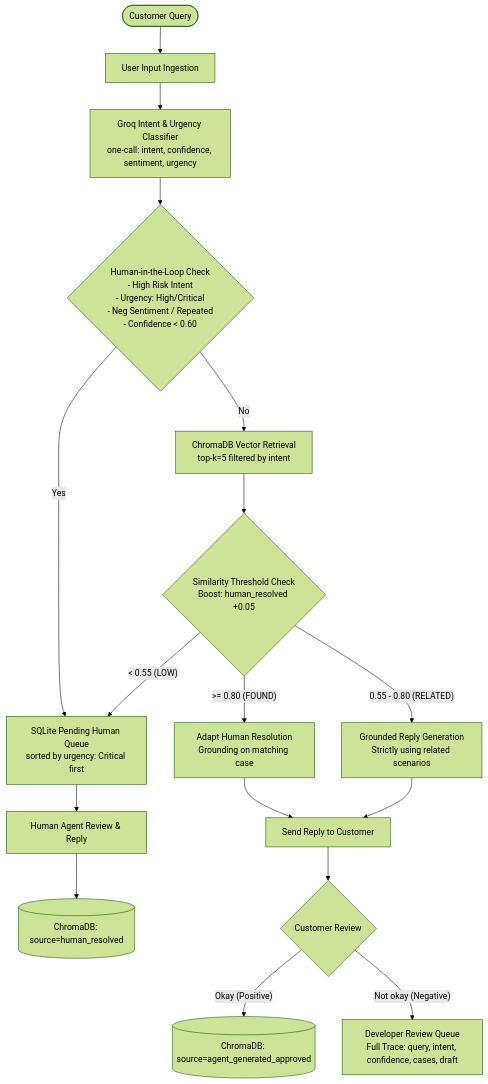
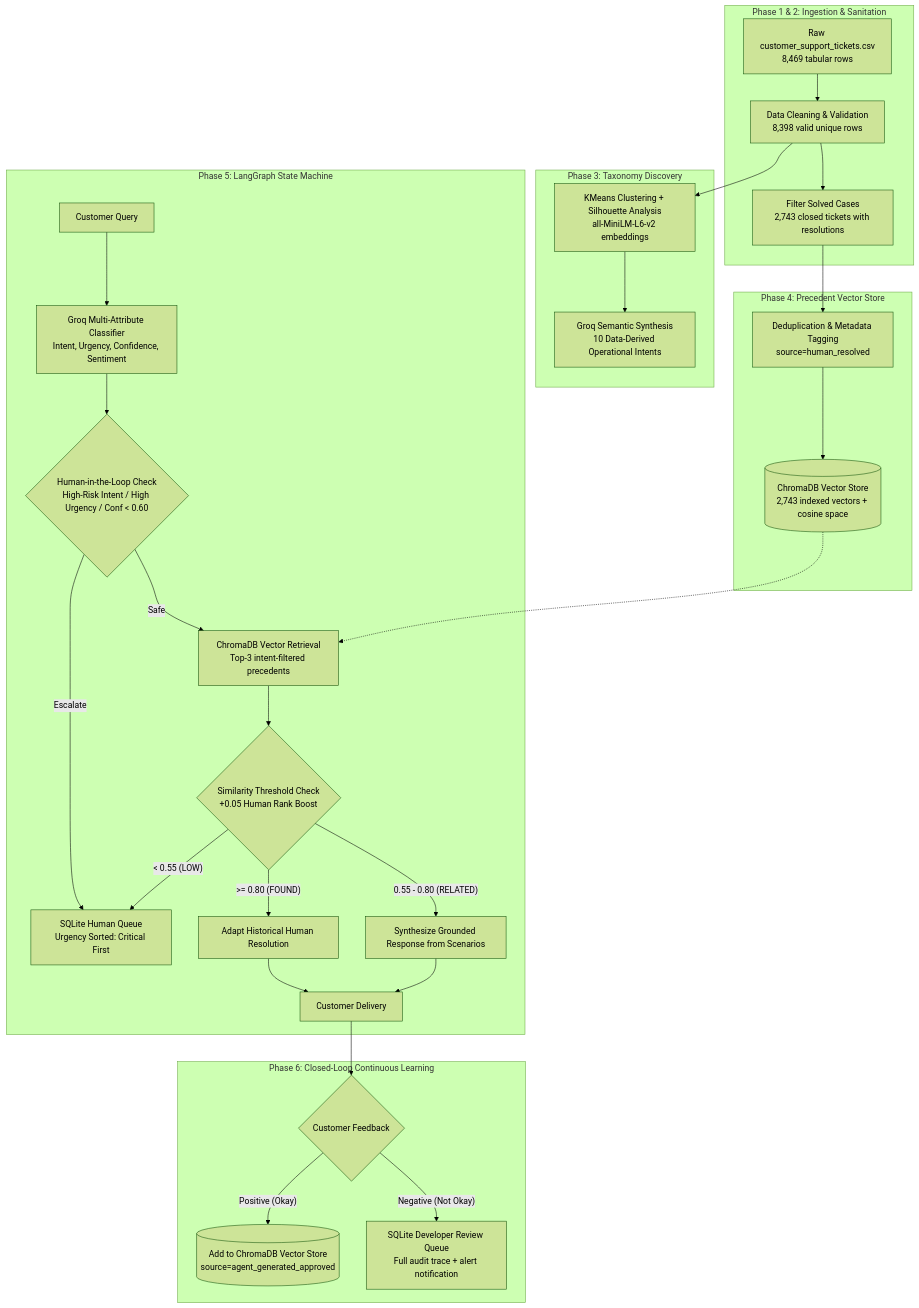
Before and after one commit to Amar-7778/Customer-Support-Agent: the diagram in README.md, drawn with Mermaid (forest theme). The commit also changed other lines of this file and 8 other files, not shown here.

````diff
--- a/README.md
+++ b/README.md
@@ -9,26 +150,38 @@
 ```mermaid
 flowchart TD
-    User([Customer Query]) --> Input[User Input Ingestion]
-    Input --> Classify[Groq Intent & Urgency Classifier\none-call: intent, confidence, sentiment, urgency]
-    
-    Classify --> HITL_Check{Human-in-the-Loop Check\n- High Risk Intent\n- Urgency: High/Critical\n- Neg Sentiment / Repeated\n- Confidence < 0.60}
-    
-    HITL_Check -- Yes --> HumanQueue[SQLite Pending Human Queue\nsorted by urgency: Critical first]
-    HumanQueue --> Specialist[Human Agent Review & Reply]
-    Specialist --> HumanDB[(ChromaDB: source=human_resolved)]
-    
-    HITL_Check -- No --> SearchDB[ChromaDB Vector Retrieval\ntop-k=5 filtered by intent]
-    
-    SearchDB --> SimCheck{Similarity Threshold Check\nBoost: human_resolved +0.05}
-    
-    SimCheck -- ">= 0.80 (FOUND)" --> AdaptReply[Adapt Human Resolution\nGrounding on matching case]
-    SimCheck -- "0.55 - 0.80 (RELATED)" --> RelatedReply[Grounded Reply Generation\nStrictly using related scenarios]
-    SimCheck -- "< 0.55 (LOW)" --> HumanQueue
-    
-    AdaptReply --> CustomerDelivery[Send Reply to Customer]
-    RelatedReply --> CustomerDelivery
-    
-    CustomerDelivery --> Feedback{Customer Review}
-    Feedback -- "Okay (Positive)" --> ApprovedDB[(ChromaDB: source=agent_generated_approved)]
-    Feedback -- "Not okay (Negative)" --> DevReview[Developer Review Queue\nFull Trace: query, intent, confidence, cases, draft]
+    subgraph INGESTION ["Phase 1 & 2: Ingestion & Sanitation"]
+        A["Raw customer_support_tickets.csv<br/>8,469 tabular rows"] --> B["Data Cleaning & Validation<br/>8,398 valid unique rows"]
+        B --> C["Filter Solved Cases<br/>2,743 closed tickets with resolutions"]
+    end
+
+    subgraph TAXONOMY ["Phase 3: Taxonomy Discovery"]
+        B --> D["KMeans Clustering + Silhouette Analysis<br/>all-MiniLM-L6-v2 embeddings"]
+        D --> E["Groq Semantic Synthesis<br/>10 Data-Derived Operational Intents"]
+    end
+
+    subgraph RETRIEVAL ["Phase 4: Precedent Vector Store"]
+        C --> F["Deduplication & Metadata Tagging<br/>source=human_resolved"]
+        F --> G[("ChromaDB Vector Store<br/>2,743 indexed vectors + cosine space")]
+    end
+
+    subgraph AGENT ["Phase 5: LangGraph State Machine"]
+        H["Customer Query"] --> I["Groq Multi-Attribute Classifier<br/>Intent, Urgency, Confidence, Sentiment"]
+        I --> J{"Human-in-the-Loop Check<br/>High-Risk Intent / High Urgency / Conf < 0.60"}
+        J -- "Escalate" --> K["SQLite Human Queue<br/>Urgency Sorted: Critical First"]
+        J -- "Safe" --> L["ChromaDB Vector Retrieval<br/>Top-3 intent-filtered precedents"]
+        L --> M{"Similarity Threshold Check<br/>+0.05 Human Rank Boost"}
+        M -- ">= 0.80 (FOUND)" --> N["Adapt Historical Human Resolution"]
+        M -- "0.55 - 0.80 (RELATED)" --> O["Synthesize Grounded Response from Scenarios"]
+        M -- "< 0.55 (LOW)" --> K
+        N --> P["Customer Delivery"]
+        O --> P
+    end
+
+    subgraph FEEDBACK ["Phase 6: Closed-Loop Continuous Learning"]
+        P --> Q{"Customer Feedback"}
+        Q -- "Positive (Okay)" --> R[("Add to ChromaDB Vector Store<br/>source=agent_generated_approved")]
+        Q -- "Negative (Not Okay)" --> S["SQLite Developer Review Queue<br/>Full audit trace + alert notification"]
+    end
+
+    G -.-> L
 ```
````
